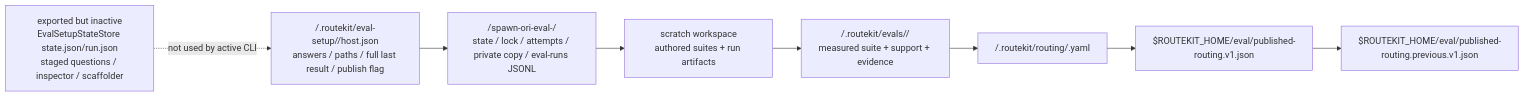
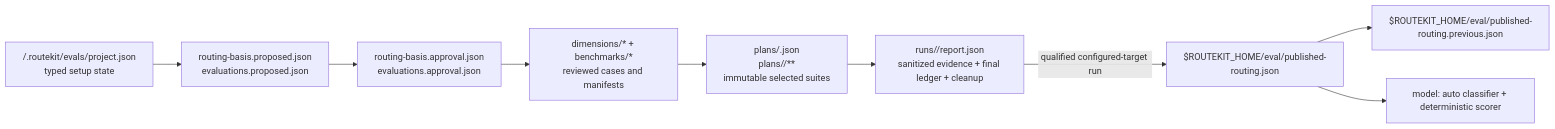
Diagram 12 of 26 in docs/system-memory-map.md (velum-labs/routekit), drawn with Mermaid before and after one commit. The commit also changed other lines of this file and 12 other files, not shown here.

Commit message:
docs(eval): align references with the product CLI

````diff
--- a/docs/system-memory-map.md
+++ b/docs/system-memory-map.md
@@ -710,19 +693,21 @@
 ```mermaid
 flowchart LR
-  HostJSON["<repo>/.routekit/eval-setup/<profile>/host.json<br/>answers / paths / full last result / publish flag"]
-  Controller["<profile-state-root>/spawn-ori-eval-<repo-hash>/<br/>state / lock / attempts / private copy / eval-runs JSONL"]
-  Scratch["scratch workspace<br/>authored suites + run artifacts"]
-  Promoted["<repo>/.routekit/evals/<profile>/<br/>measured suite + support + evidence"]
-  Profile["<repo>/.routekit/routing/<profile>.yaml"]
-  Current["$ROUTEKIT_HOME/eval/published-routing.v1.json"]
-  Previous["$ROUTEKIT_HOME/eval/published-routing.previous.v1.json"]
-  Legacy["exported but inactive<br/>EvalSetupStateStore state.json/run.json<br/>staged questions / inspector / scaffolder"]
+  Project["<repo>/.routekit/evals/project.json<br/>typed setup state"]
+  Proposal["routing-basis.proposed.json<br/>evaluations.proposed.json"]
+  Approval["routing-basis.approval.json<br/>evaluations.approval.json"]
+  Suites["dimensions/* + benchmarks/*<br/>reviewed cases and manifests"]
+  Plans["plans/<plan-id>.json<br/>plans/<plan-id>/**<br/>immutable selected suites"]
+  Reports["runs/<run-id>/report.json<br/>sanitized evidence + final ledger + cleanup"]
+  Current["$ROUTEKIT_HOME/eval/published-routing.json"]
+  Previous["$ROUTEKIT_HOME/eval/published-routing.previous.json"]
+  Router["model: auto classifier + deterministic scorer"]
 
-  HostJSON --> Controller
-  Controller --> Scratch
-  Scratch --> Promoted
-  Promoted --> Profile
-  Profile --> Current
+  Project --> Proposal
+  Proposal --> Approval
+  Approval --> Suites
+  Suites --> Plans
+  Plans --> Reports
+  Reports -->|"qualified configured-target run"| Current
   Current --> Previous
-  Legacy -. "not used by active CLI" .-> HostJSON
+  Current --> Router
 ```
````
